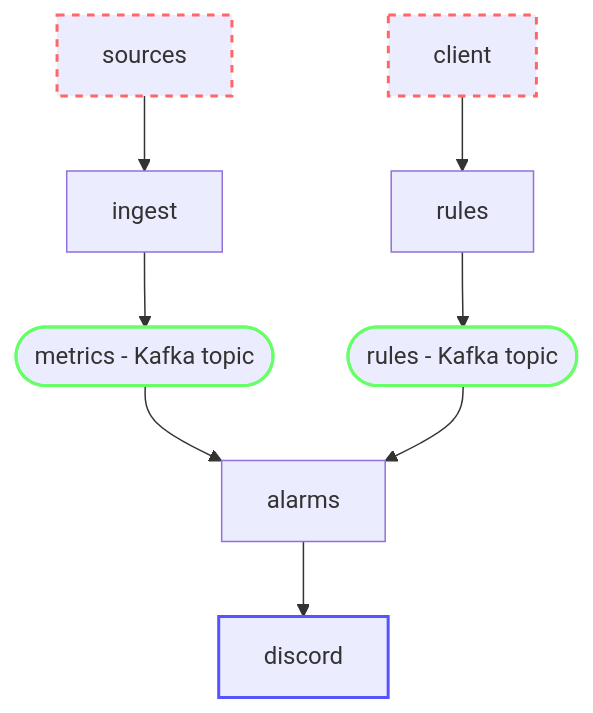
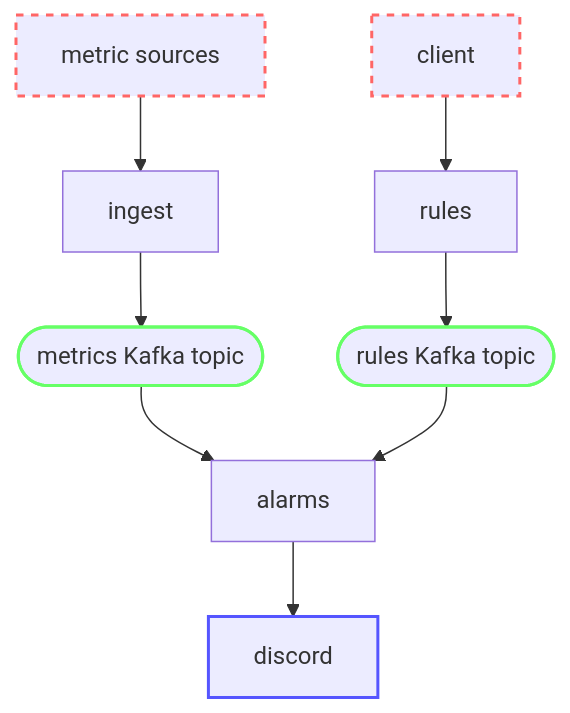
Before and after one commit to miquelvir/lsds-2025: the second of 2 diagrams in labs/3-kafka/README.md, drawn with Mermaid. The commit also changed other lines of this file and 11 other files, not shown here.

````diff
--- a/labs/3-kafka/README.md
+++ b/labs/3-kafka/README.md
@@ -298,21 +637,21 @@
 ```mermaid
 graph TD;
-    metricst([metrics - Kafka topic]);
-    rulest([rules - Kafka topic]);
+    metricst([metrics Kafka topic]);
+    rulest([rules Kafka topic]);
 
-    sources-->ingest;
+    sources[metric sources]-->ingest;
     ingest-->metricst;
 
     client-->rules;
     rules-->rulest;
 
     metricst-->alarms;
     rulest-->alarms;
     alarms-->discord;
 
     style sources stroke:#f66,stroke-width:2px,stroke-dasharray: 5 5
     style client stroke:#f66,stroke-width:2px,stroke-dasharray: 5 5
     style metricst stroke:#6f6,stroke-width:2px
     style rulest stroke:#6f6,stroke-width:2px
     style discord stroke:#55f,stroke-width:2px
 ```
````
